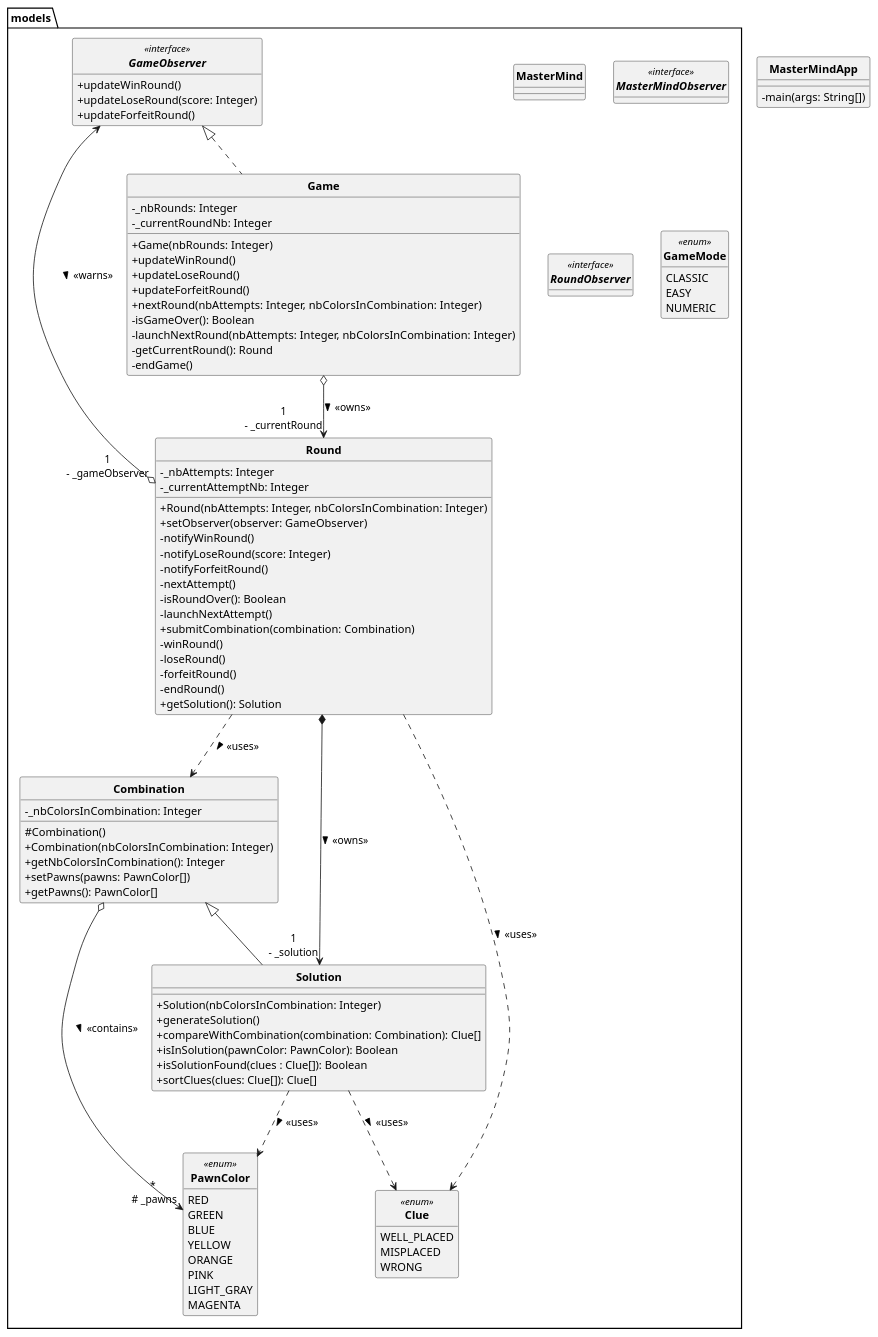
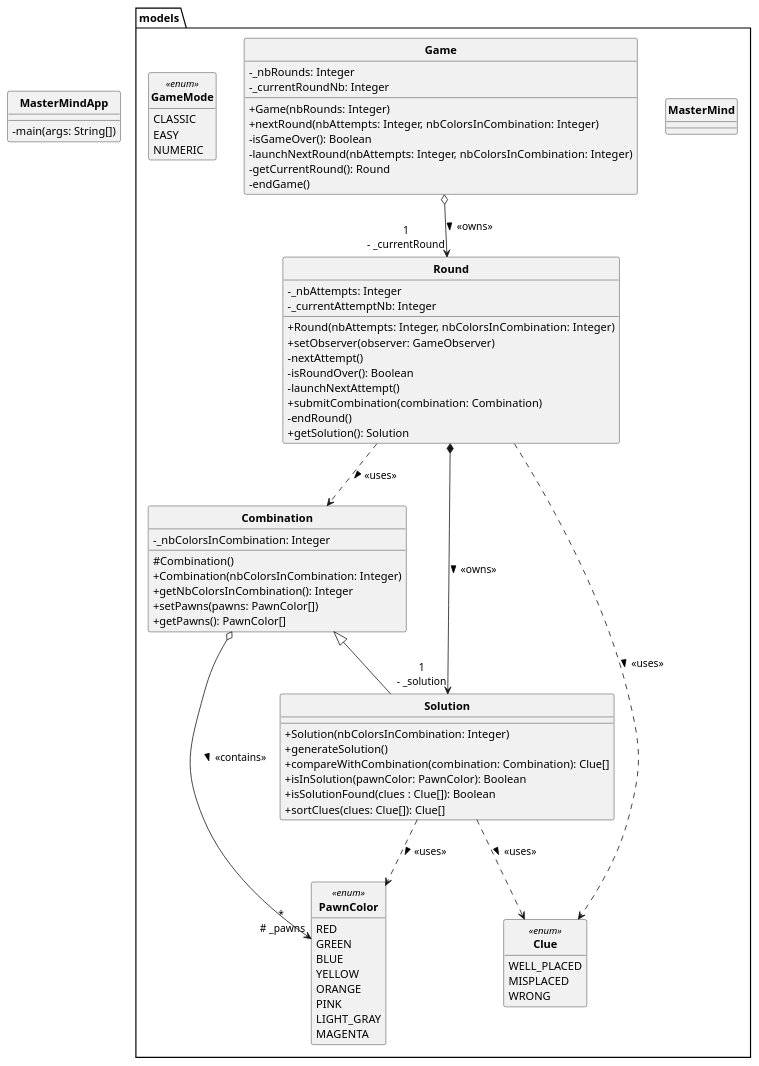
One commit to Robin3711/mastermind changed the diagram in diags/masterMindFirstDiag.puml. Above: the diagram before and after it, drawn with PlantUML.

Commit message:
MAJ UML V1

```diff
--- a/diags/masterMindFirstDiag.puml
+++ b/diags/masterMindFirstDiag.puml
@@ -1,162 +1,169 @@
 @startuml
 
 skinparam style strictuml
 skinparam classAttributeIconSize 0
 skinparam classFontStyle Bold
 hide enum methods
 hide interface attributes
 
 class MasterMindApp {
     - main(args: String[])
 }
 
 package models {
     class MasterMind {}
-    class Game implements GameObserver {
+    class Game {
         - _nbRounds: Integer
         - _currentRoundNb: Integer
         + Game(nbRounds: Integer)
-        + updateWinRound()
-        + updateLoseRound()
-        + updateForfeitRound()
+        '+ updateWinRound()
+        '+ updateLoseRound()
+        '+ updateForfeitRound()
         + nextRound(nbAttempts: Integer, nbColorsInCombination: Integer)
         - isGameOver(): Boolean
         - launchNextRound(nbAttempts: Integer, nbColorsInCombination: Integer)
         - getCurrentRound(): Round
         - endGame()
     }
     class Round {
         - _nbAttempts: Integer
         - _currentAttemptNb: Integer
         + Round(nbAttempts: Integer, nbColorsInCombination: Integer)
         + setObserver(observer: GameObserver)
-        - notifyWinRound()
-        - notifyLoseRound(score: Integer)
-        - notifyForfeitRound()
+        '- notifyWinRound()
+        '- notifyLoseRound(score: Integer)
+        '- notifyForfeitRound()
         - nextAttempt()
         - isRoundOver(): Boolean
         - launchNextAttempt()
         + submitCombination(combination: Combination)
-        - winRound()
-        - loseRound()
-        - forfeitRound()
+        '- winRound()
+        '- loseRound()
+        '- forfeitRound()
         - endRound()
         + getSolution(): Solution
     }
     class Combination {
         - _nbColorsInCombination: Integer
         # Combination()
         + Combination(nbColorsInCombination: Integer)
         + getNbColorsInCombination(): Integer
         + setPawns(pawns: PawnColor[])
         + getPawns(): PawnColor[]
     }
     class Solution extends Combination {
         + Solution(nbColorsInCombination: Integer)
         + generateSolution()
         + compareWithCombination(combination: Combination): Clue[]
         + isInSolution(pawnColor: PawnColor): Boolean
         + isSolutionFound(clues : Clue[]): Boolean
         + sortClues(clues: Clue[]): Clue[]
     }
     /'
     class GenerateCluesFactory {
         + createClassic(): GenerateCluesStrategy
         + createEasy(): GenerateCluesStrategy
     }
     class GenerateCluesClassic extends GenerateCluesTemplate implements GenerateCluesStrategy {
         + CluesClassic()
         + generateAdaptedClues(combinationSubmitted: Combination): Clue[]
     }
     class GenerateCluesEasy extends GenerateCluesTemplate implements GenerateCluesStrategy {
         + CluesEasy()
         + generateAdaptesClues(combinationSubmitted: Combination): Clue[]
     }
     class GenerateCluesTemplate {
         + generateClues(combinationSubmitted: Combination): Clue[]
     }
 
     interface GenerateCluesStrategy <<interface>> {
         + generateAdaptedClues(combinationSubmitted: Combination): Clue[]
     }
     '/
-    interface MasterMindObserver <<interface>> {}
-    interface GameObserver <<interface>> {
+
+    /'
+    interface RoundObserver <<interface>> {
         + updateWinRound()
         + updateLoseRound(score: Integer)
         + updateForfeitRound()
     }
-    interface RoundObserver <<interface>> {}
+    '/
 
     enum PawnColor <<enum>> {
         RED
         GREEN
         BLUE
         YELLOW
         ORANGE
         PINK
         LIGHT_GRAY
         MAGENTA
     }
     enum GameMode <<enum>> {
         CLASSIC
         EASY
         NUMERIC
     }
     enum Clue <<enum>> {
         WELL_PLACED
         MISPLACED
         WRONG
     }
 }
 
 'Relations
 
 'Models
 
 'Game
 Game o--> "1\n- _currentRound" Round : > <<owns>>
 
 'Round
 Round *--> "1\n- _solution" Solution : > <<owns>>
 'Relation avec observer dans la partie GameObserver
 Round ..> Combination : > <<uses>>
 Round ..> Clue : > <<uses>>
 
 'Combination
 Combination o--> "*\n # _pawns" PawnColor : > <<contains>>
 
 'Solution
 Solution ..> PawnColor : > <<uses>>
 Solution ..> Clue : > <<uses>>
 
-'GameObserver
-GameObserver <--o "1\n- _gameObserver" Round : > <<warns>>
+'RoundObserver
+'RoundObserver <--o "*\n- _roundObserver" Round : > <<observes>>
 
 /'
 'GenerateCluesFactory
 GenerateCluesFactory ..> GenerateCluesClassic : > <<uses>>
 GenerateCluesFactory ..> GenerateCluesEasy : > <<uses>>
 GenerateCluesFactory ..> GenerateCluesStrategy : > <<uses>>
 
 'GenerateCluesClassic
 GenerateCluesClassic ..> Clue : > <<uses>>
 
 'GenerateCluesEasy
 GenerateCluesEasy ..> Clue : > <<uses>>
 
 'GenerateCluesStrategy
 GenerateCluesStrategy ..> Clue : > <<uses>>
 
 'GenerateCluesTemplate
 GenerateCluesTemplate ..> Clue : > <<uses>>
 '/
 
 'Gestion des stratégies dans la vue, mais génération des indices dans le modèle
 'C'est le modèle qui renvoit les indices à la vue (triés ou non)
-'Tous les Round d'une même instance de Game
+'Tous les Round d'une même instance de Game ont des attributs communs, donc stocker dans Game ?
+'Stocker toutes les tentatives de la partie
+'Stocker tous les indices obtenus
+'Stocker tous les Round de la partie
+'Dictionnaire de dictionnaires ?
+'Comment prévenir Game que Round est terminé ?
+'Classe Attempt
 
 'Finir modèles pour le mardi 5 inclus
 'Finir vues et controllers pour le dimanche 10 inclus (rendu 1)
 
 @enduml
```
